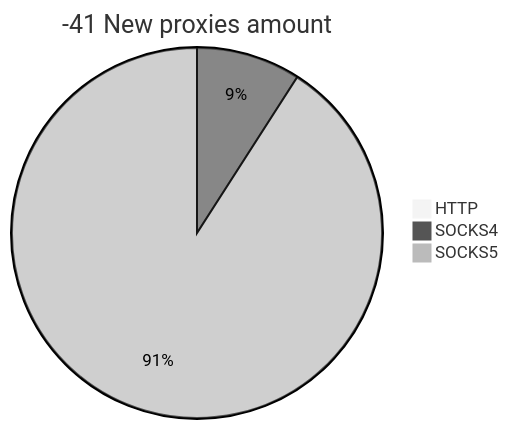
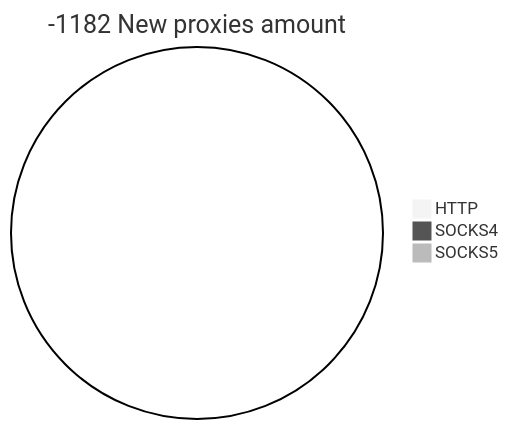
One commit to cutipu/proxylist changed the second of 2 diagrams in README.md. Above: the diagram before and after it, drawn with Mermaid (neutral theme). The commit also changed other lines of this file, not shown here.

````diff
--- a/README.md
+++ b/README.md
@@ -10,6 +10,6 @@
 ```mermaid
-pie title -41 New proxies amount
+pie title -1182 New proxies amount
     "HTTP" : 0
-    "SOCKS4" : 1
-    "SOCKS5" : 10
+    "SOCKS4" : 0
+    "SOCKS5" : 0
 ```
````
